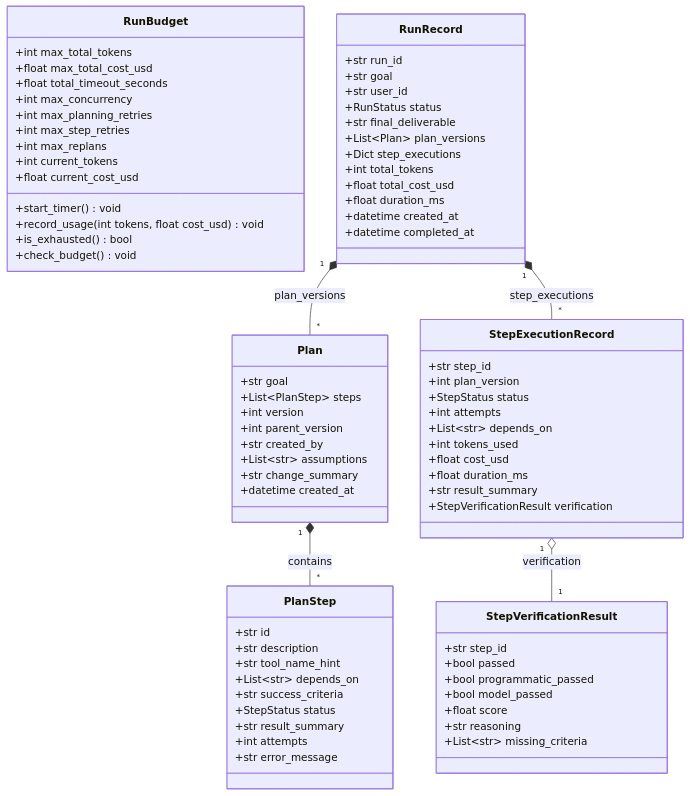
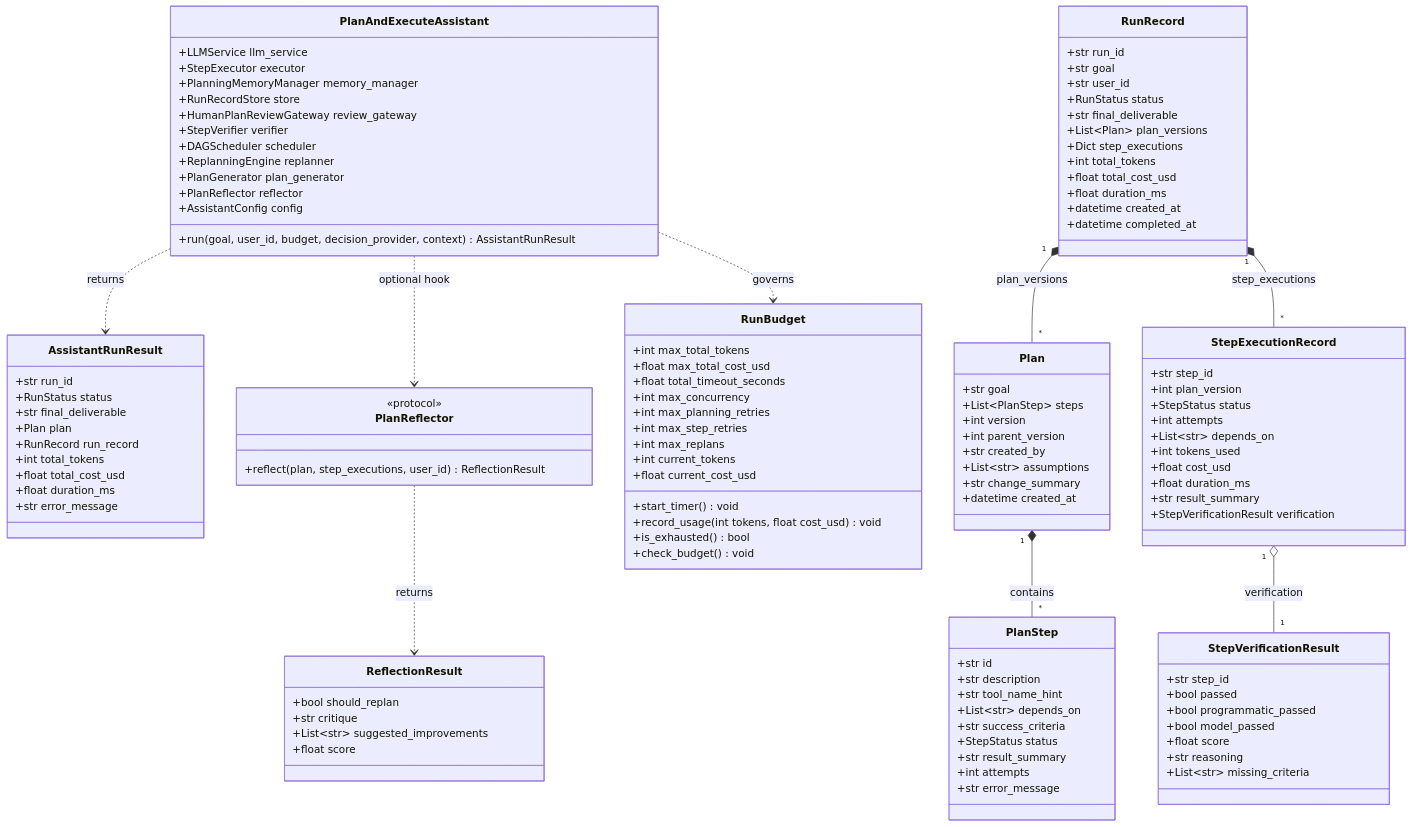
One commit to harshilkatharva/genai-engineer-journey changed the seventh of 7 diagrams in module-18-planning/docs/FLOW.md. Above: the diagram before and after it, drawn with Mermaid. The commit also changed other lines of this file and 13 other files, not shown here.

Commit message:
feat(module-18): implement run-wide budget tracking and orchestrator facade

````diff
--- a/module-18-planning/docs/FLOW.md
+++ b/module-18-planning/docs/FLOW.md
@@ -223,5 +269,44 @@
 ```mermaid
 classDiagram
+    class PlanAndExecuteAssistant {
+        +LLMService llm_service
+        +StepExecutor executor
+        +PlanningMemoryManager memory_manager
+        +RunRecordStore store
+        +HumanPlanReviewGateway review_gateway
+        +StepVerifier verifier
+        +DAGScheduler scheduler
+        +ReplanningEngine replanner
+        +PlanGenerator plan_generator
+        +PlanReflector reflector
+        +AssistantConfig config
+        +run(goal, user_id, budget, decision_provider, context) AssistantRunResult
+    }
+
+    class AssistantRunResult {
+        +str run_id
+        +RunStatus status
+        +str final_deliverable
+        +Plan plan
+        +RunRecord run_record
+        +int total_tokens
+        +float total_cost_usd
+        +float duration_ms
+        +str error_message
+    }
+
+    class PlanReflector {
+        <<protocol>>
+        +reflect(plan, step_executions, user_id) ReflectionResult
+    }
+
+    class ReflectionResult {
+        +bool should_replan
+        +str critique
+        +List~str~ suggested_improvements
+        +float score
+    }
+
     class Plan {
         +str goal
         +List~PlanStep~ steps
@@ -299,6 +384,10 @@
         +List~str~ missing_criteria
     }
 
+    PlanAndExecuteAssistant ..> AssistantRunResult : returns
+    PlanAndExecuteAssistant ..> PlanReflector : optional hook
+    PlanReflector ..> ReflectionResult : returns
+    PlanAndExecuteAssistant ..> RunBudget : governs
     Plan "1" *-- "*" PlanStep : contains
     RunRecord "1" *-- "*" Plan : plan_versions
     RunRecord "1" *-- "*" StepExecutionRecord : step_executions
````
